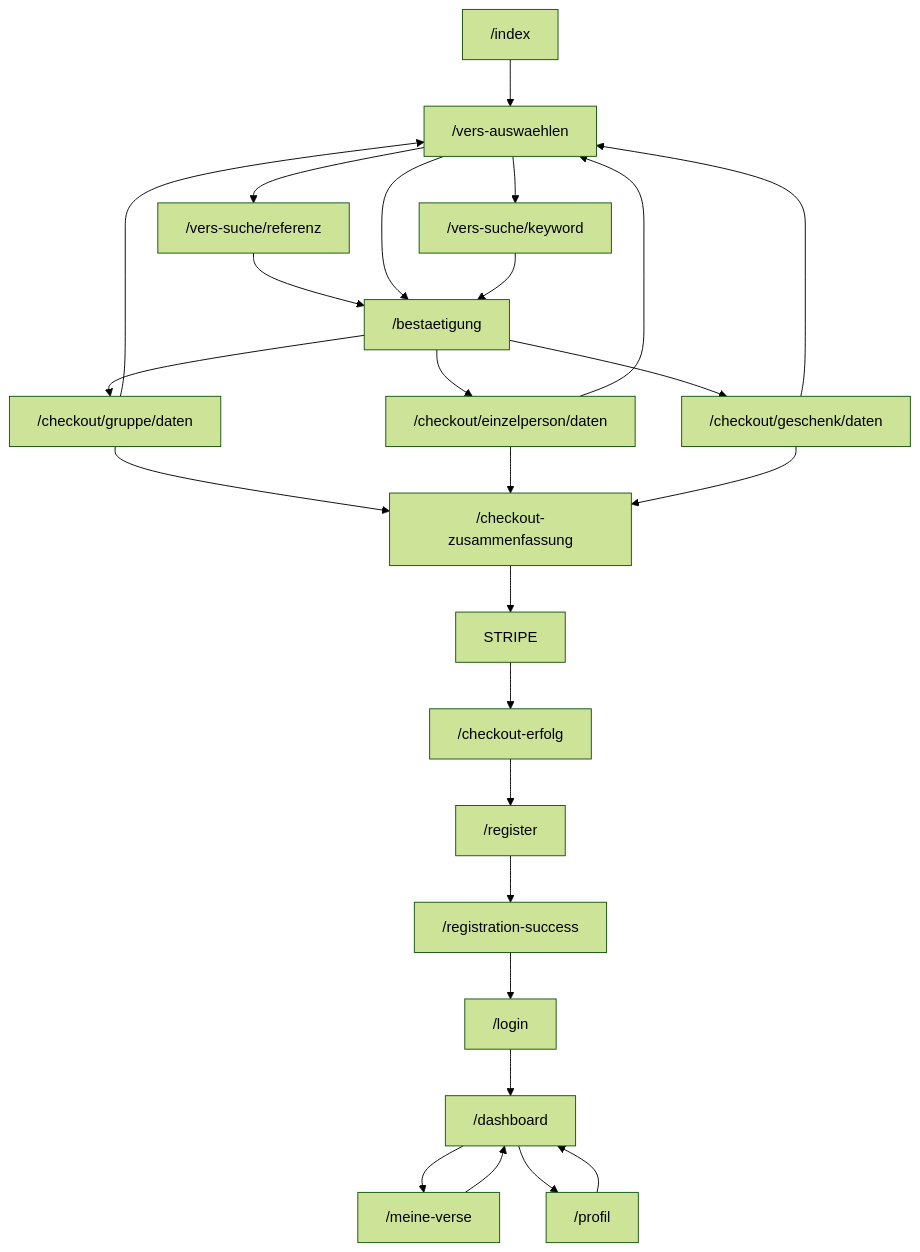
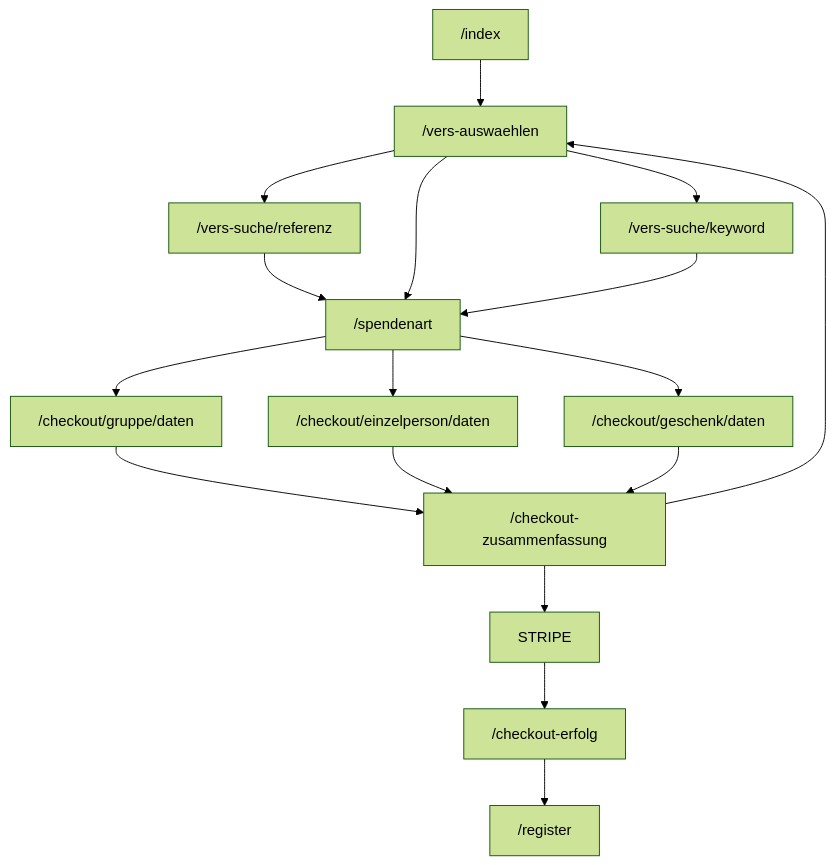
Before and after one commit to uli-pro/ngue-bvs-app: the diagram in docs/user-journey-straight.md, drawn with Mermaid (forest theme). The commit also changed 31 other files, not shown here.

````diff
--- a/docs/user-journey-straight.md
+++ b/docs/user-journey-straight.md
@@ -3,46 +3,38 @@
 ```mermaid
   graph TD
     /index 
     --> /vers-auswaehlen
         
     /vers-auswaehlen
     	--> /vers-suche/referenz
-    	--> /bestaetigung
+    	--> /spendenart
     
     	/vers-auswaehlen
-    	-->/bestaetigung
+    	-->/spendenart
     
     	/vers-auswaehlen
     	--> /vers-suche/keyword
-    	--> /bestaetigung
+    	--> /spendenart
     
-		/bestaetigung
+		/spendenart
     	--> /checkout/gruppe/daten
     	--> /checkout-zusammenfassung
     
-			/bestaetigung
+			/spendenart
 		  --> /checkout/einzelperson/daten
     	--> /checkout-zusammenfassung 
     	
-    	/bestaetigung
+    	/spendenart
     	--> /checkout/geschenk/daten
     	--> /checkout-zusammenfassung
     
-    /checkout/gruppe/daten --> /vers-auswaehlen
-    /checkout/einzelperson/daten --> /vers-auswaehlen
-    /checkout/geschenk/daten --> /vers-auswaehlen
+   
+    /checkout-zusammenfassung
+    	--> /vers-auswaehlen
     
     /checkout-zusammenfassung
-    --> STRIPE
-    --> /checkout-erfolg
-    --> /register
-    --> /registration-success
-    --> /login
-    --> /dashboard
-    
-    --> /meine-verse
-    --> /dashboard
-    /dashboard --> /profil
-    /profil --> /dashboard
-
+   	 --> STRIPE
+    	--> /checkout-erfolg
+   	 --> /register
+   	 
 ```
````
